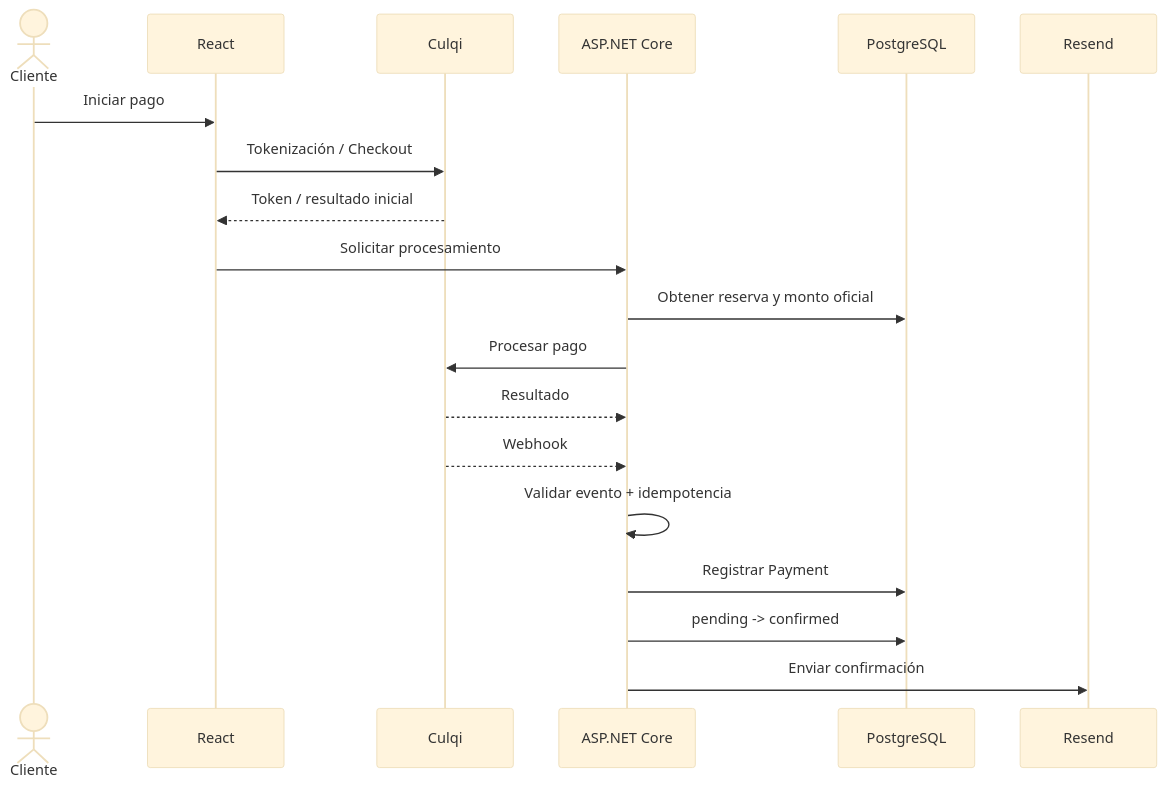
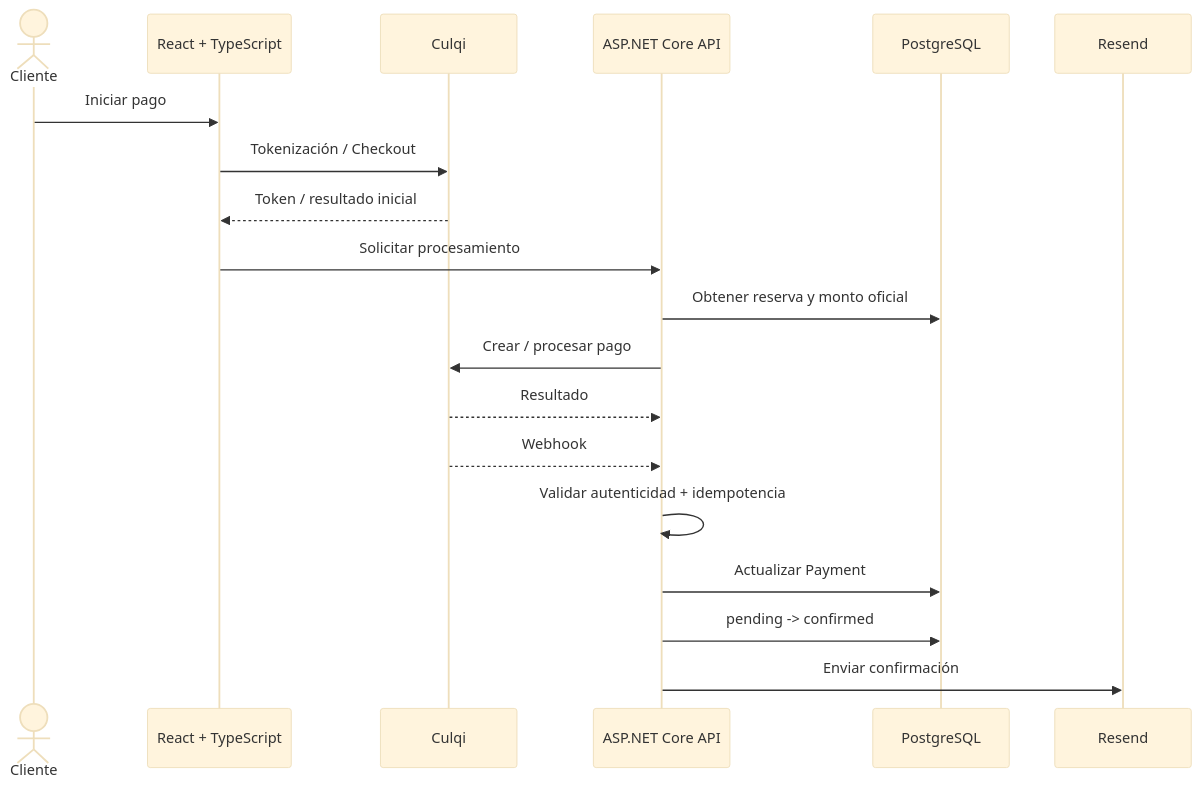
Before and after one commit to AiColleman/DMGoTravell: the fourth of 5 diagrams in README.md, drawn with Mermaid (base theme). The commit also changed other lines of this file, not shown here.

Commit message:
fix: update README.md for clarity and completeness in project description, objectives, and architecture details

````diff
--- a/README.md
+++ b/README.md
@@ -475,30 +482,25 @@
 ```mermaid
 sequenceDiagram
 
     actor Cliente
-    participant React
+    participant Front as React + TypeScript
     participant Culqi
-    participant API as ASP.NET Core
+    participant API as ASP.NET Core API
     participant DB as PostgreSQL
     participant Resend
 
-    Cliente->>React: Iniciar pago
+    Cliente->>Front: Iniciar pago
+    Front->>Culqi: Tokenización / Checkout
+    Culqi-->>Front: Token / resultado inicial
 
-    React->>Culqi: Tokenización / Checkout
-    Culqi-->>React: Token / resultado inicial
-
-    React->>API: Solicitar procesamiento
-
+    Front->>API: Solicitar procesamiento
     API->>DB: Obtener reserva y monto oficial
-    API->>Culqi: Procesar pago
-
+    API->>Culqi: Crear / procesar pago
     Culqi-->>API: Resultado
 
     Culqi-->>API: Webhook
-    API->>API: Validar evento + idempotencia
-
-    API->>DB: Registrar Payment
+    API->>API: Validar autenticidad + idempotencia
+    API->>DB: Actualizar Payment
     API->>DB: pending -> confirmed
-
     API->>Resend: Enviar confirmación
 ```
````
